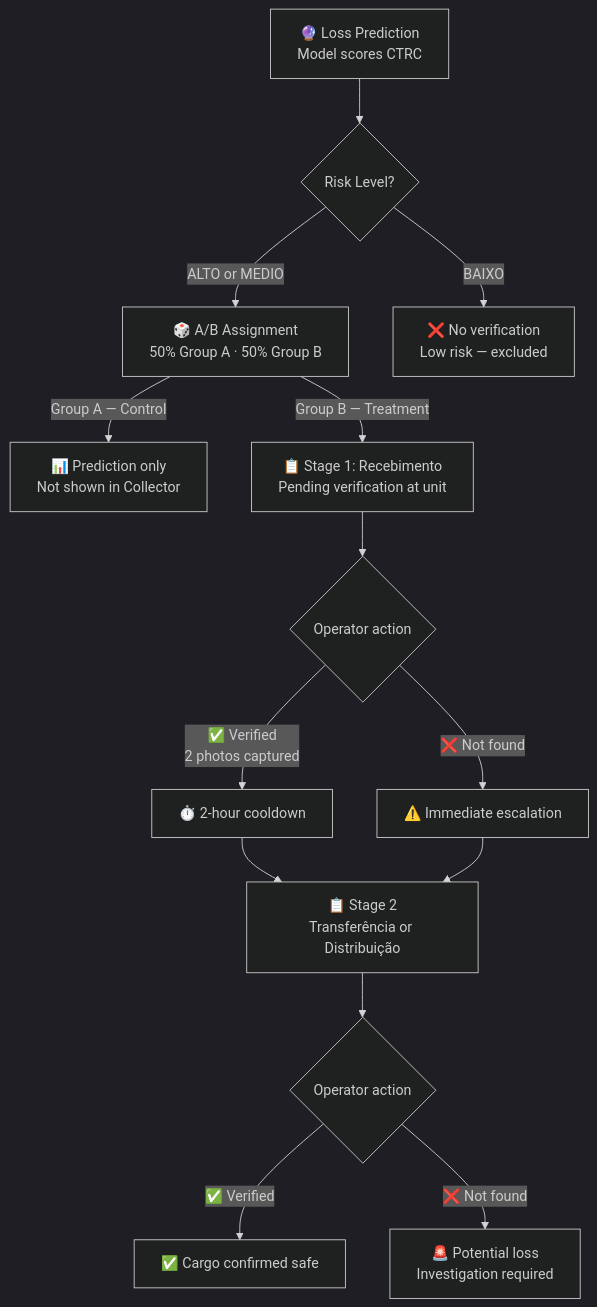
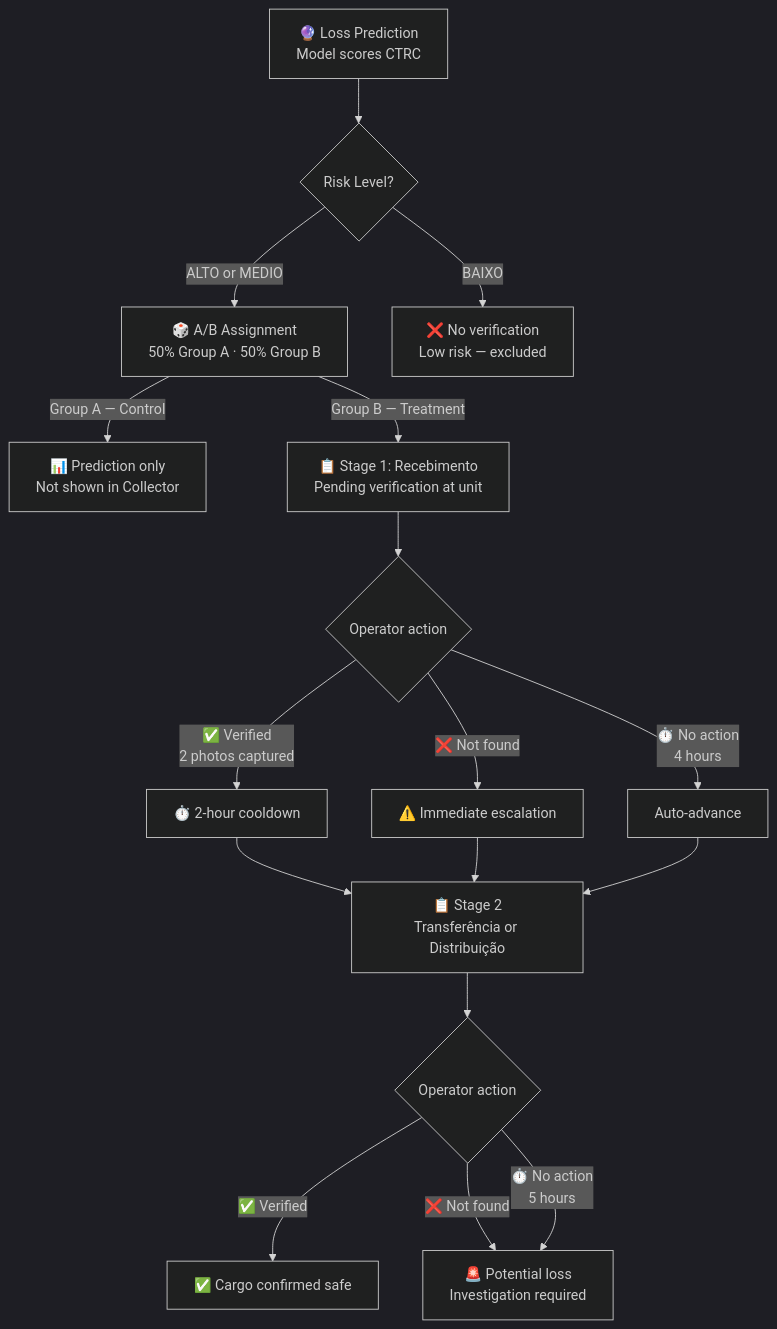
One commit to laplace-ai/laplace-docs changed the first of 4 diagrams in content/en/v1/platform/loss-prediction/verification-process.mdx. Above: the diagram before and after it, drawn with Mermaid (dark theme). The commit also changed other lines of this file and 1 other file, not shown here.

````diff
--- a/content/en/v1/platform/loss-prediction/verification-process.mdx
+++ b/content/en/v1/platform/loss-prediction/verification-process.mdx
@@ -22,16 +22,19 @@
 ```mermaid
 flowchart TD
     A["🔮 Loss Prediction\nModel scores CTRC"] --> B{"Risk Level?"}
     B -->|ALTO or MEDIO| C["🎲 A/B Assignment\n50% Group A · 50% Group B"]
     B -->|BAIXO| X["❌ No verification\nLow risk — excluded"]
     C -->|Group A — Control| Y["📊 Prediction only\nNot shown in Collector"]
     C -->|Group B — Treatment| D["📋 Stage 1: Recebimento\nPending verification at unit"]
     D --> E{"Operator action"}
     E -->|"✅ Verified\n2 photos captured"| F["⏱️ 2-hour cooldown"]
     E -->|"❌ Not found"| G["⚠️ Immediate escalation"]
+    E -->|"⏱️ No action\n4 hours"| F2["Auto-advance"]
     F --> H["📋 Stage 2\nTransferência or Distribuição"]
     G --> H
+    F2 --> H
     H --> I{"Operator action"}
     I -->|"✅ Verified"| J["✅ Cargo confirmed safe"]
     I -->|"❌ Not found"| K["🚨 Potential loss\nInvestigation required"]
+    I -->|"⏱️ No action\n5 hours"| K
 ```
````
